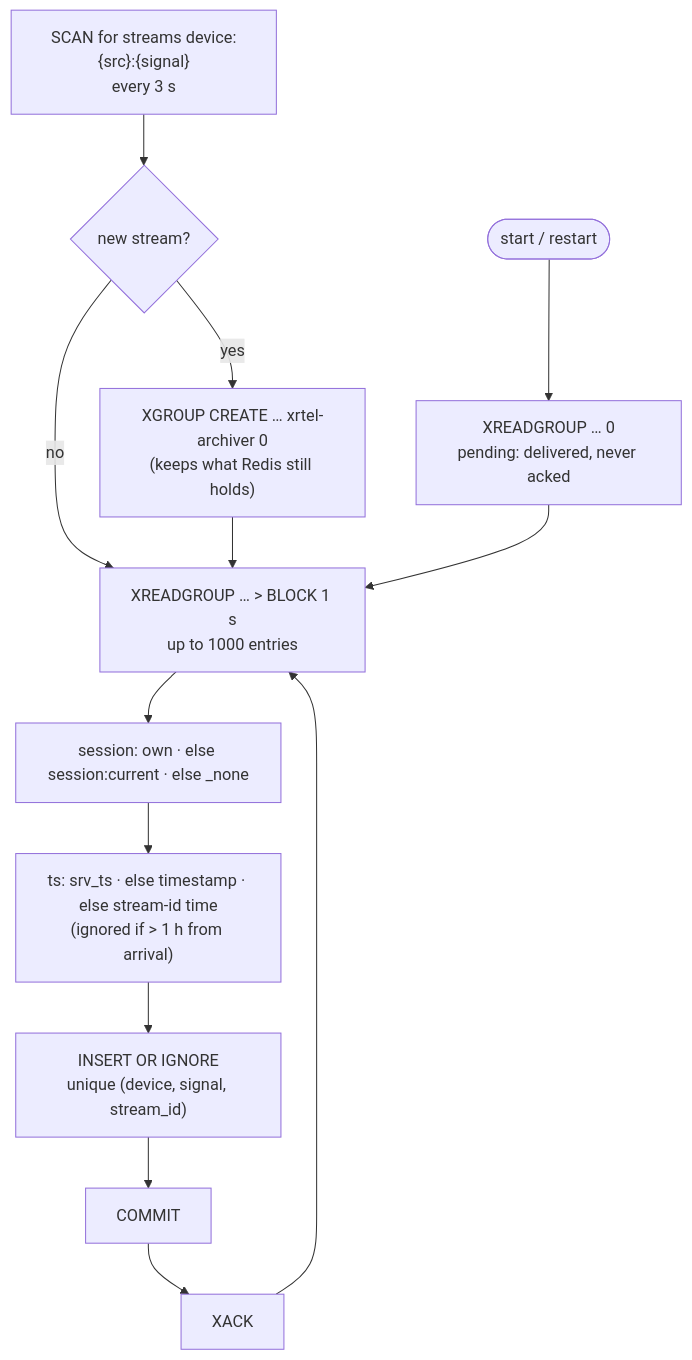
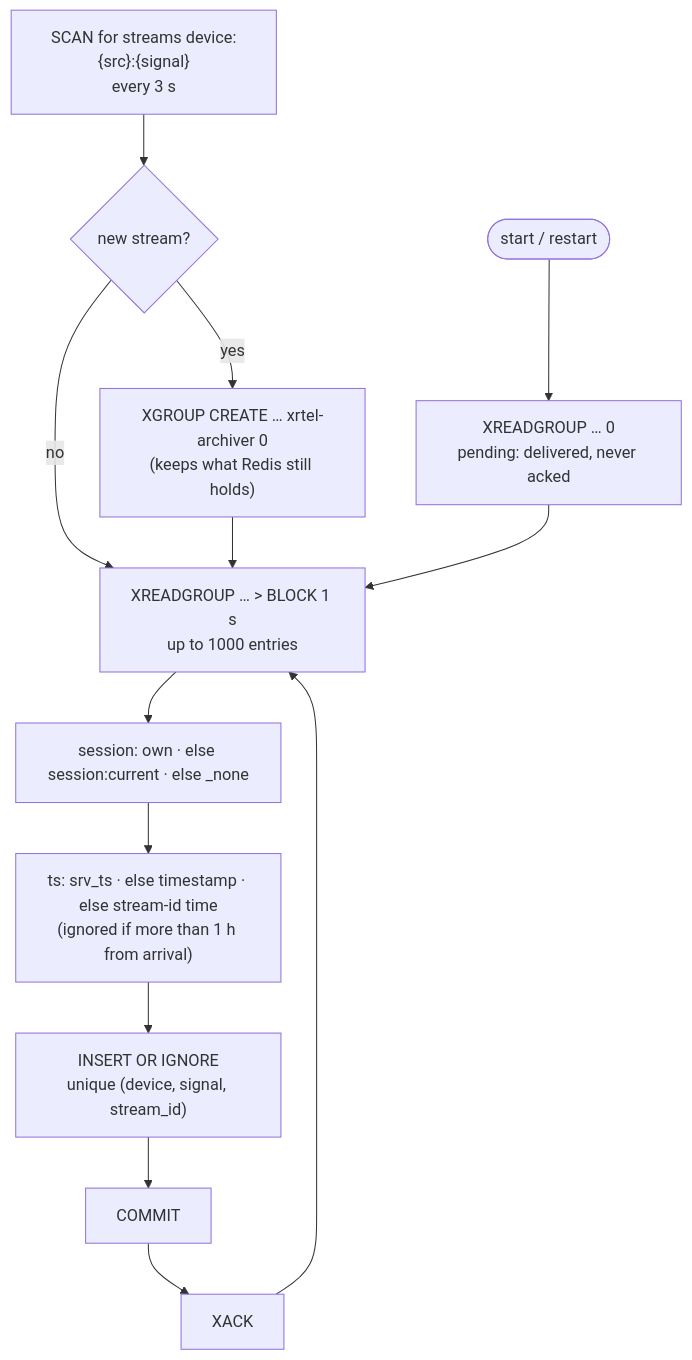
One commit to amplify-project/XR-telemetry changed the eighth of 11 diagrams in docs/architecture.md. Above: the diagram before and after it, drawn with Mermaid. The commit also changed other lines of this file and 6 other files, not shown here.

````diff
--- a/docs/architecture.md
+++ b/docs/architecture.md
@@ -171,15 +201,15 @@
 ```mermaid
 flowchart TD
   scan["SCAN for streams device:{src}:{signal}<br/>every 3 s"] --> new{new stream?}
   new -- yes --> grp["XGROUP CREATE … xrtel-archiver 0<br/>(keeps what Redis still holds)"]
   new -- no --> read
   grp --> read
   start([start / restart]) --> pend["XREADGROUP … 0<br/>pending: delivered, never acked"]
   pend --> read["XREADGROUP … > BLOCK 1 s<br/>up to 1000 entries"]
   read --> sess["session: own · else session:current · else _none"]
-  sess --> ts["ts: srv_ts · else timestamp · else stream-id time<br/>(ignored if > 1 h from arrival)"]
+  sess --> ts["ts: srv_ts · else timestamp · else stream-id time<br/>(ignored if more than 1 h from arrival)"]
   ts --> ins["INSERT OR IGNORE<br/>unique (device, signal, stream_id)"]
   ins --> commit[COMMIT]
   commit --> ack[XACK]
   ack --> read
 ```
````
